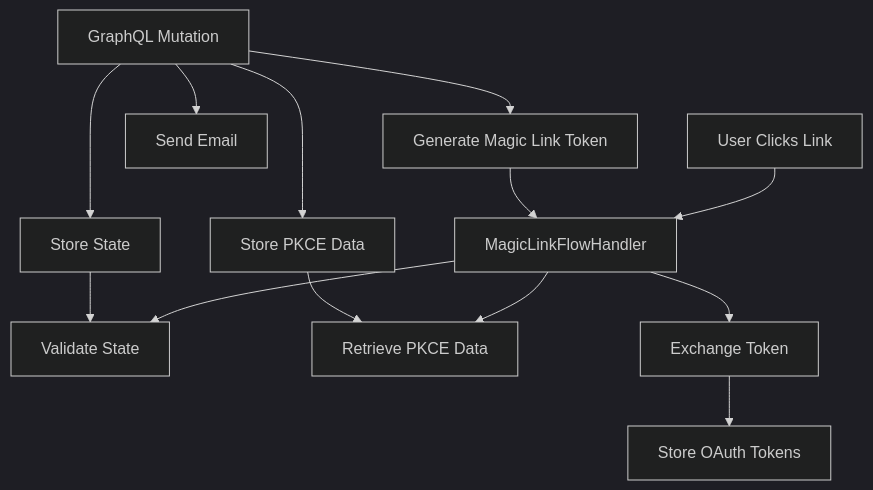
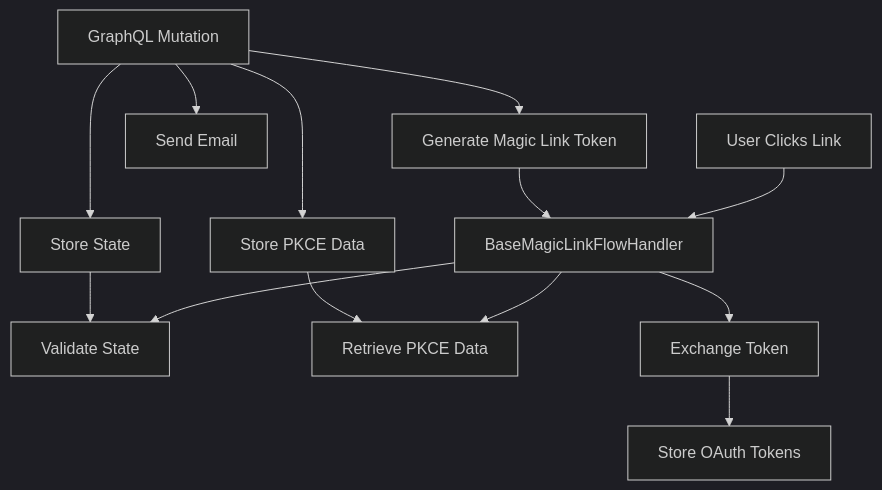
One commit to zestic/oauth-core changed the third of 3 diagrams in docs/GRAPHQL.md. Above: the diagram before and after it, drawn with Mermaid (dark theme). The commit also changed other lines of this file and 11 other files, not shown here.

First line of the commit message:
Fix magic link parameter naming and validation

````diff
--- a/docs/GRAPHQL.md
+++ b/docs/GRAPHQL.md
@@ -404,17 +404,17 @@
 ```mermaid
 graph TD
     A[GraphQL Mutation] --> B[Store PKCE Data]
     A --> C[Store State]
     A --> D[Generate Magic Link Token]
     A --> E[Send Email]
 
-    F[User Clicks Link] --> G[MagicLinkFlowHandler]
+    F[User Clicks Link] --> G[BaseMagicLinkFlowHandler]
     G --> H[Validate State]
     G --> I[Retrieve PKCE Data]
     G --> J[Exchange Token]
     J --> K[Store OAuth Tokens]
 
     B --> I
     C --> H
     D --> G
 ```
````
